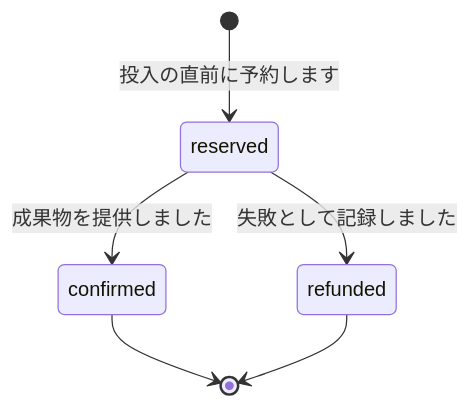
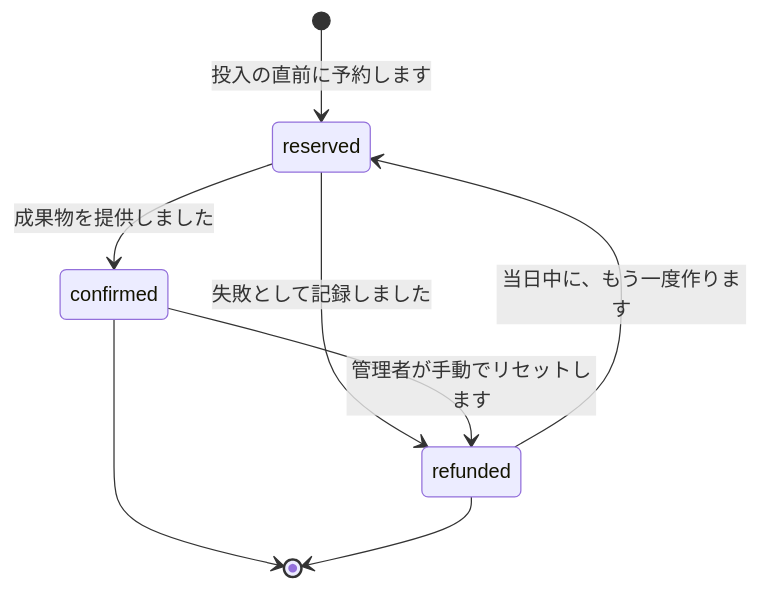
Before and after one commit to rictaworks/hero-prompt-forge: the second of 4 diagrams in SPEC/state.md, drawn with Mermaid. The commit also changed other lines of this file and 9 other files, not shown here.

````diff
--- a/SPEC/state.md
+++ b/SPEC/state.md
@@ -42,8 +44,10 @@
 ```mermaid
 stateDiagram-v2
     [*] --> reserved : 投入の直前に予約します
     reserved --> confirmed : 成果物を提供しました
     reserved --> refunded : 失敗として記録しました
+    refunded --> reserved : 当日中に、もう一度作ります
+    confirmed --> refunded : 管理者が手動でリセットします
     confirmed --> [*]
     refunded --> [*]
 ```
````
